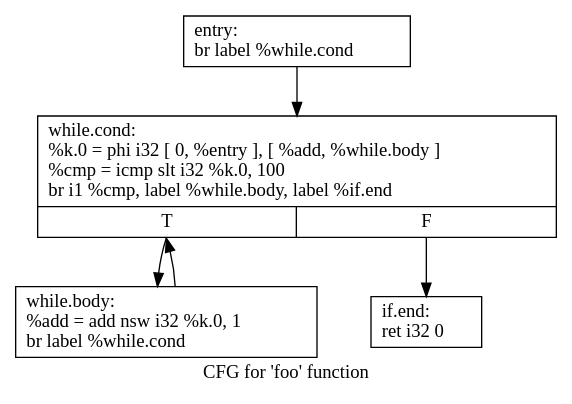
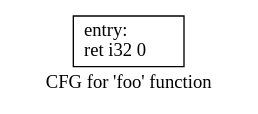
One commit to canesche/dce changed the diagram in .foo.dot. Above: the diagram before and after it, drawn with Graphviz. The commit also changed 84 other files, not shown here.

```diff
--- a/.foo.dot
+++ b/.foo.dot
@@ -1,12 +1,5 @@
 digraph "CFG for 'foo' function" {
 	label="CFG for 'foo' function";
 
-	Node0x558cd724fe70 [shape=record,label="{entry:\l  br label %while.cond\l}"];
-	Node0x558cd724fe70 -> Node0x558cd7250000;
-	Node0x558cd7250000 [shape=record,label="{while.cond:                                       \l  %k.0 = phi i32 [ 0, %entry ], [ %add, %while.body ]\l  %cmp = icmp slt i32 %k.0, 100\l  br i1 %cmp, label %while.body, label %if.end\l|{<s0>T|<s1>F}}"];
-	Node0x558cd7250000:s0 -> Node0x558cd7250770;
-	Node0x558cd7250000:s1 -> Node0x558cd72509d0;
-	Node0x558cd7250770 [shape=record,label="{while.body:                                       \l  %add = add nsw i32 %k.0, 1\l  br label %while.cond\l}"];
-	Node0x558cd7250770 -> Node0x558cd7250000;
-	Node0x558cd72509d0 [shape=record,label="{if.end:                                           \l  ret i32 0\l}"];
+	Node0x55d2e1b47400 [shape=record,label="{entry:\l  ret i32 0\l}"];
 }
```
